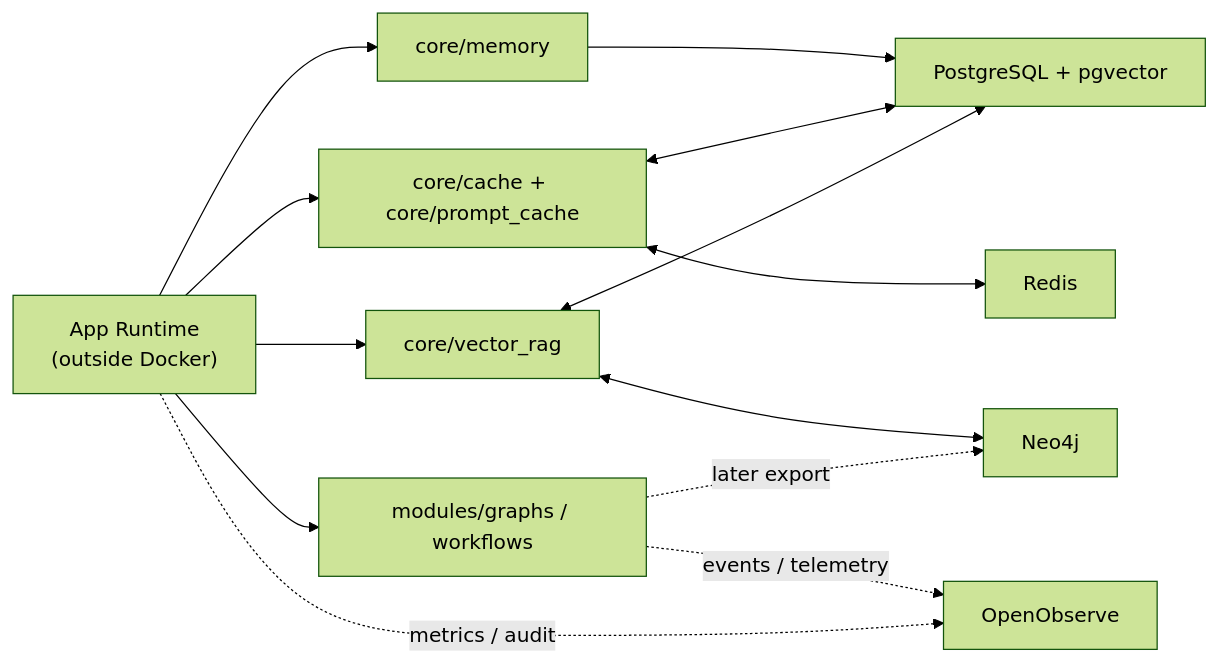
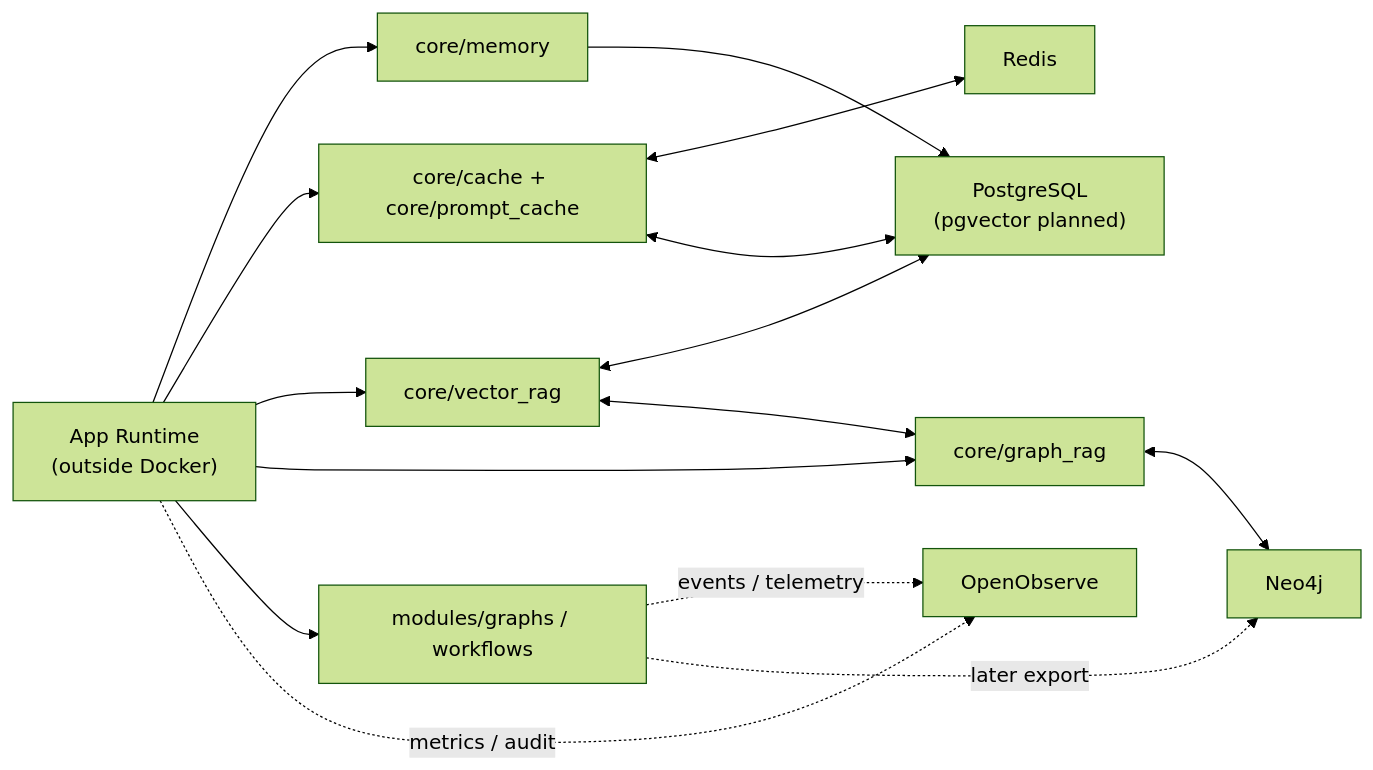
One commit to DCx7C5/cybersecsuite changed the diagram in .plan/architecture/database-architecture.md. Above: the diagram before and after it, drawn with Mermaid (forest theme). The commit also changed other lines of this file and 39 other files, not shown here.

Commit message:
docs: align planning with MCP, SIEM, and local transport architecture

````diff
--- a/.plan/architecture/database-architecture.md
+++ b/.plan/architecture/database-architecture.md
@@ -18,27 +18,30 @@
 ```mermaid
 flowchart LR
     App["App Runtime\n(outside Docker)"]
     Memory["core/memory"]
     Cache["core/cache + core/prompt_cache"]
     RAG["core/vector_rag"]
+    GraphRag["core/graph_rag"]
     Graphs["modules/graphs / workflows"]
 
-    PG["PostgreSQL + pgvector"]
+    PG["PostgreSQL\n(pgvector planned)"]
     Redis["Redis"]
     Neo["Neo4j"]
     OO["OpenObserve"]
 
     App --> Memory
     App --> Cache
     App --> RAG
+    App --> GraphRag
     App --> Graphs
 
     Memory --> PG
     Cache <--> Redis
     Cache <--> PG
     RAG <--> PG
-    RAG <--> Neo
+    RAG <--> GraphRag
+    GraphRag <--> Neo
     Graphs -.events / telemetry.-> OO
     Graphs -.later export.-> Neo
     App -.metrics / audit.-> OO
 ```
````
